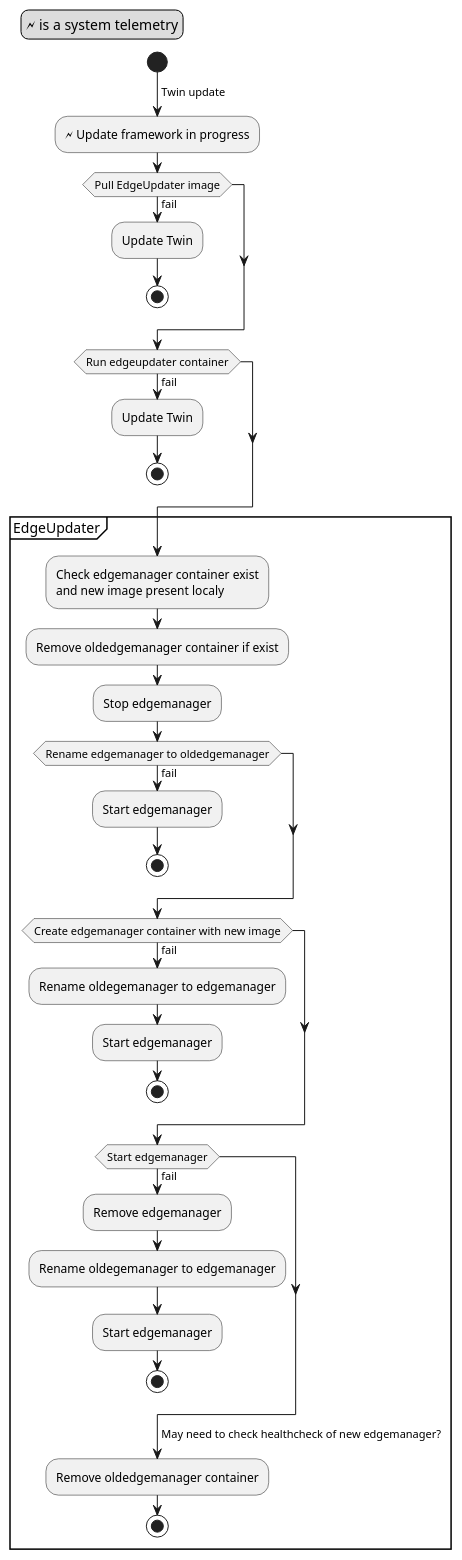
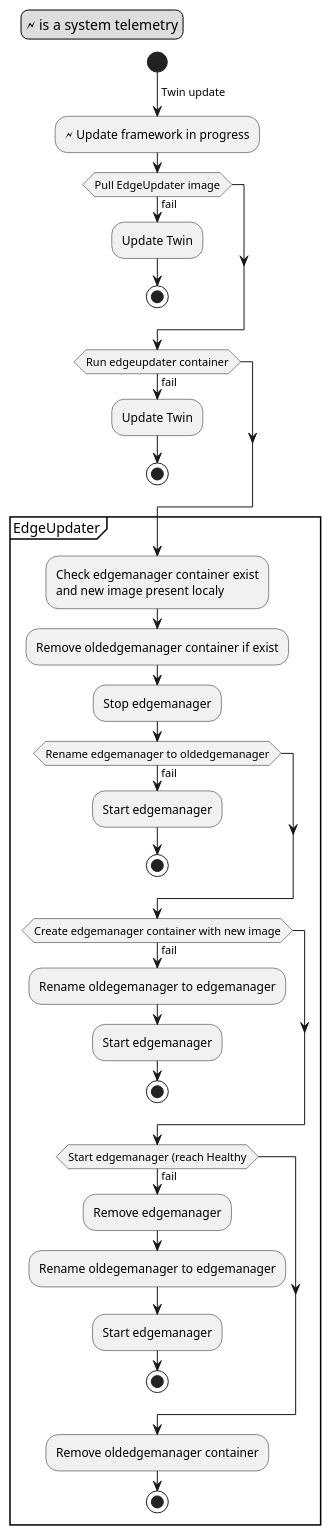
The diagram in UseCases/Update-framework/Update-framework.activity.puml (se-edge/framework-diagrams), drawn with PlantUML before and after one commit.

Commit message:
Update Update-framework.activity.puml
Modify healthcheck

```diff
--- a/UseCases/Update-framework/Update-framework.activity.puml
+++ b/UseCases/Update-framework/Update-framework.activity.puml
@@ -1,42 +1,41 @@
 @startuml
 legend top left
 🗲 is a system telemetry
 endlegend
 
 start
 -> Twin update;
 :🗲 Update framework in progress;
 if (Pull EdgeUpdater image) then (fail)
     :Update Twin;
     stop
 endif
 if (Run edgeupdater container) then (fail)
     :Update Twin;
     stop
 endif
 
 partition EdgeUpdater {
     :Check edgemanager container exist
     and new image present localy;
     :Remove oldedgemanager container if exist;
     :Stop edgemanager;
     if (Rename edgemanager to oldedgemanager) then (fail)
         :Start edgemanager;
         stop
     endif
     if (Create edgemanager container with new image) then (fail)
         :Rename oldegemanager to edgemanager;
         :Start edgemanager;
         stop
     endif
-    if (Start edgemanager) then (fail)
+    if (Start edgemanager (reach Healthy) then (fail)
         :Remove edgemanager;
         :Rename oldegemanager to edgemanager;
         :Start edgemanager;
         stop
     endif
-    ->May need to check healthcheck of new edgemanager?;
     :Remove oldedgemanager container;
     stop
 }
 @enduml
```
